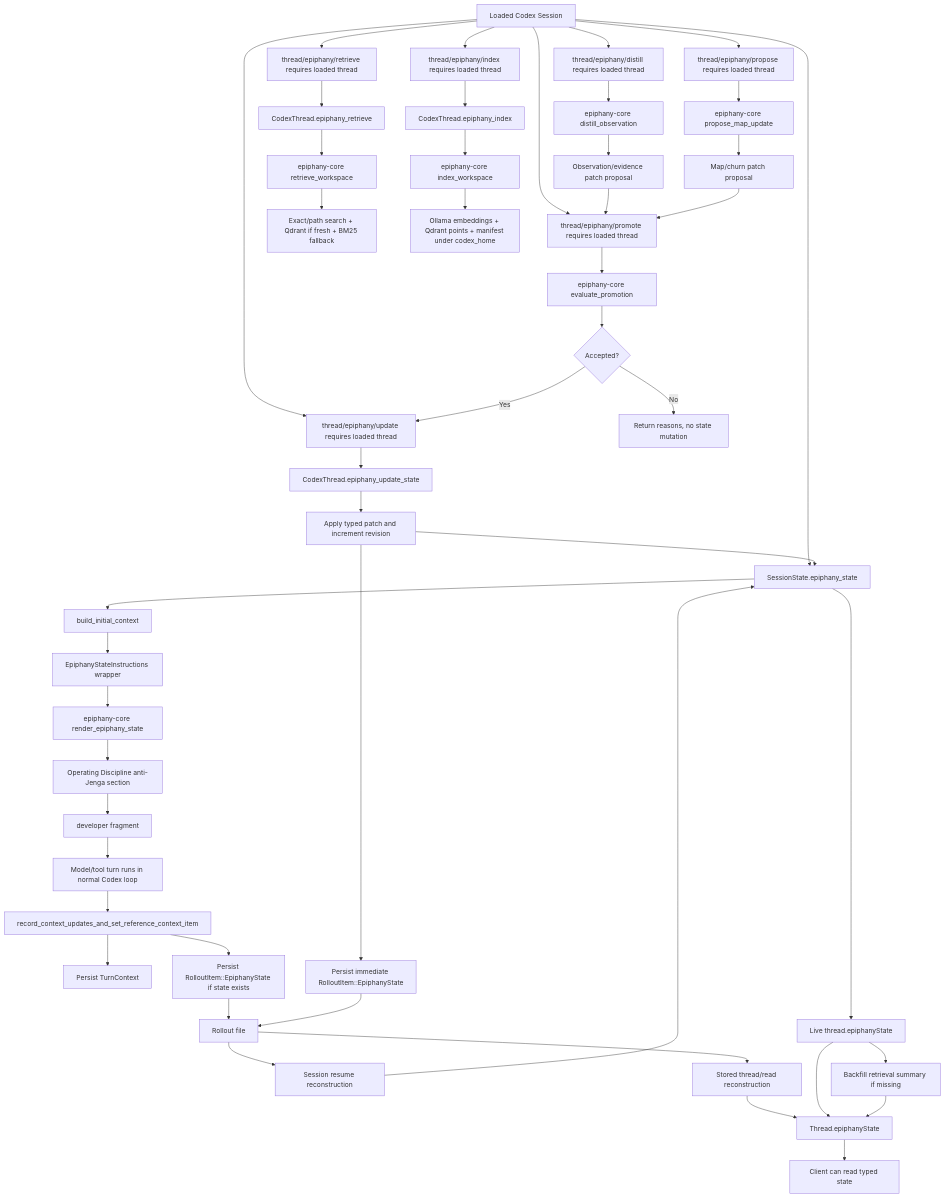
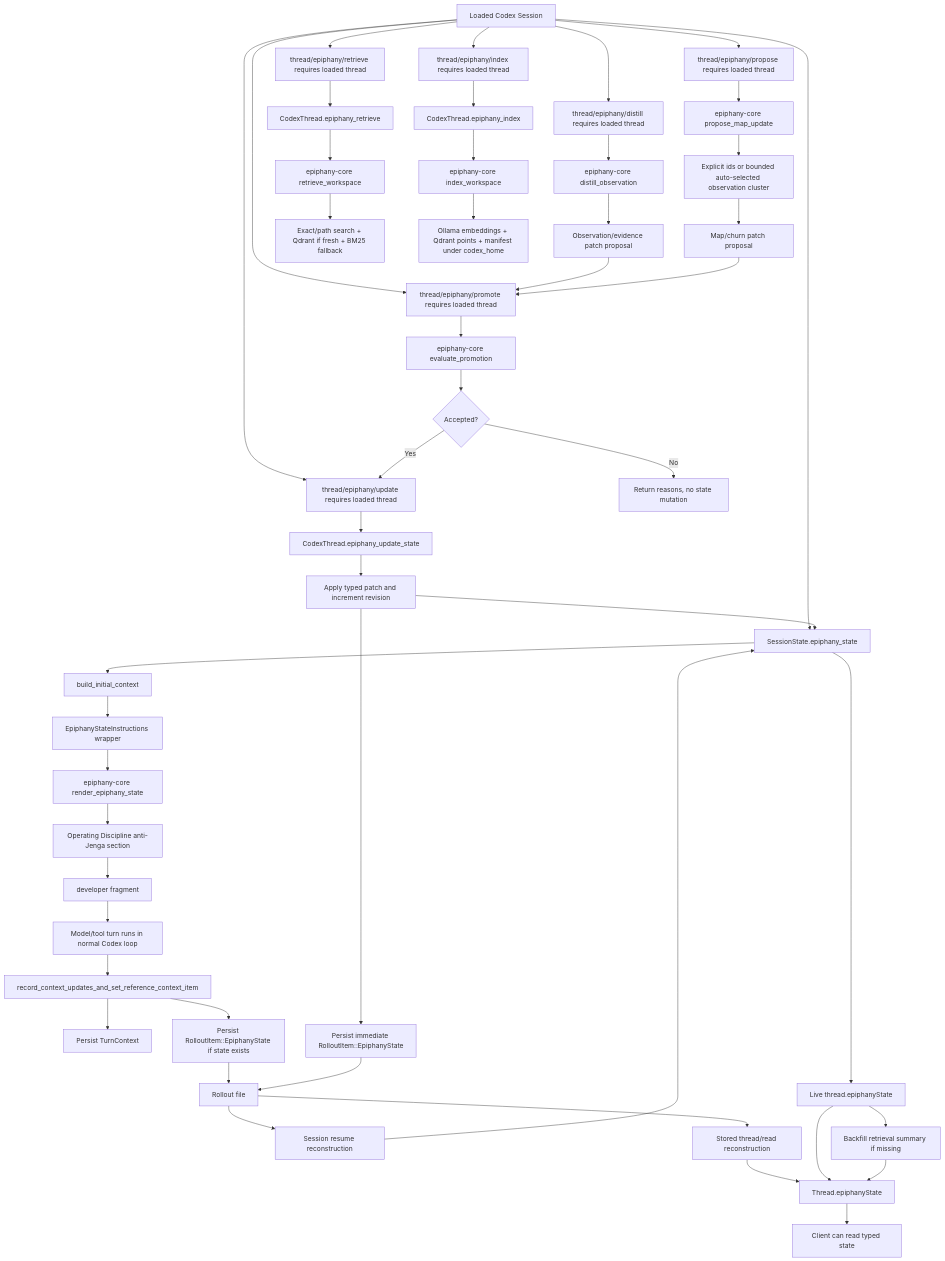
One commit to GameCult/Epiphany changed the diagram in notes/epiphany-current-algorithmic-map.md. Above: the diagram before and after it, drawn with Mermaid. The commit also changed other lines of this file and 3 other files, not shown here.

````diff
--- a/notes/epiphany-current-algorithmic-map.md
+++ b/notes/epiphany-current-algorithmic-map.md
@@ -37,50 +37,51 @@
 ```mermaid
 flowchart TD
     A["Loaded Codex Session"] --> B["SessionState.epiphany_state"]
     B --> C["build_initial_context"]
     C --> D["EpiphanyStateInstructions wrapper"]
     D --> E["epiphany-core render_epiphany_state"]
     E --> EA["Operating Discipline anti-Jenga section"]
     EA --> F["<epiphany_state> developer fragment"]
     F --> G["Model/tool turn runs in normal Codex loop"]
     G --> H["record_context_updates_and_set_reference_context_item"]
     H --> I["Persist TurnContext"]
     H --> J["Persist RolloutItem::EpiphanyState if state exists"]
     J --> K["Rollout file"]
     K --> L["Session resume reconstruction"]
     L --> B
     K --> M["Stored thread/read reconstruction"]
     M --> N["Thread.epiphanyState"]
     B --> O["Live thread.epiphanyState"]
     O --> N
     O --> P["Backfill retrieval summary if missing"]
     P --> N
     N --> Q["Client can read typed state"]
     A --> R["thread/epiphany/retrieve requires loaded thread"]
     A --> S["thread/epiphany/index requires loaded thread"]
     A --> AA["thread/epiphany/distill requires loaded thread"]
     A --> AH["thread/epiphany/propose requires loaded thread"]
     A --> AD["thread/epiphany/promote requires loaded thread"]
     A --> Z["thread/epiphany/update requires loaded thread"]
     AA --> AB["epiphany-core distill_observation"]
     AB --> AC["Observation/evidence patch proposal"]
     AC --> AD
     AH --> AI["epiphany-core propose_map_update"]
-    AI --> AJ["Map/churn patch proposal"]
+    AI --> AIA["Explicit ids or bounded auto-selected observation cluster"]
+    AIA --> AJ["Map/churn patch proposal"]
     AJ --> AD
     AD --> AE["epiphany-core evaluate_promotion"]
     AE --> AF{"Accepted?"}
     AF -->|"No"| AG["Return reasons, no state mutation"]
     AF -->|"Yes"| Z
     R --> T["CodexThread.epiphany_retrieve"]
     S --> U["CodexThread.epiphany_index"]
     Z --> ZA["CodexThread.epiphany_update_state"]
     ZA --> ZB["Apply typed patch and increment revision"]
     ZB --> B
     ZB --> ZC["Persist immediate RolloutItem::EpiphanyState"]
     ZC --> K
     T --> V["epiphany-core retrieve_workspace"]
     U --> W["epiphany-core index_workspace"]
     V --> X["Exact/path search + Qdrant if fresh + BM25 fallback"]
     W --> Y["Ollama embeddings + Qdrant points + manifest under codex_home"]
 ```
````
